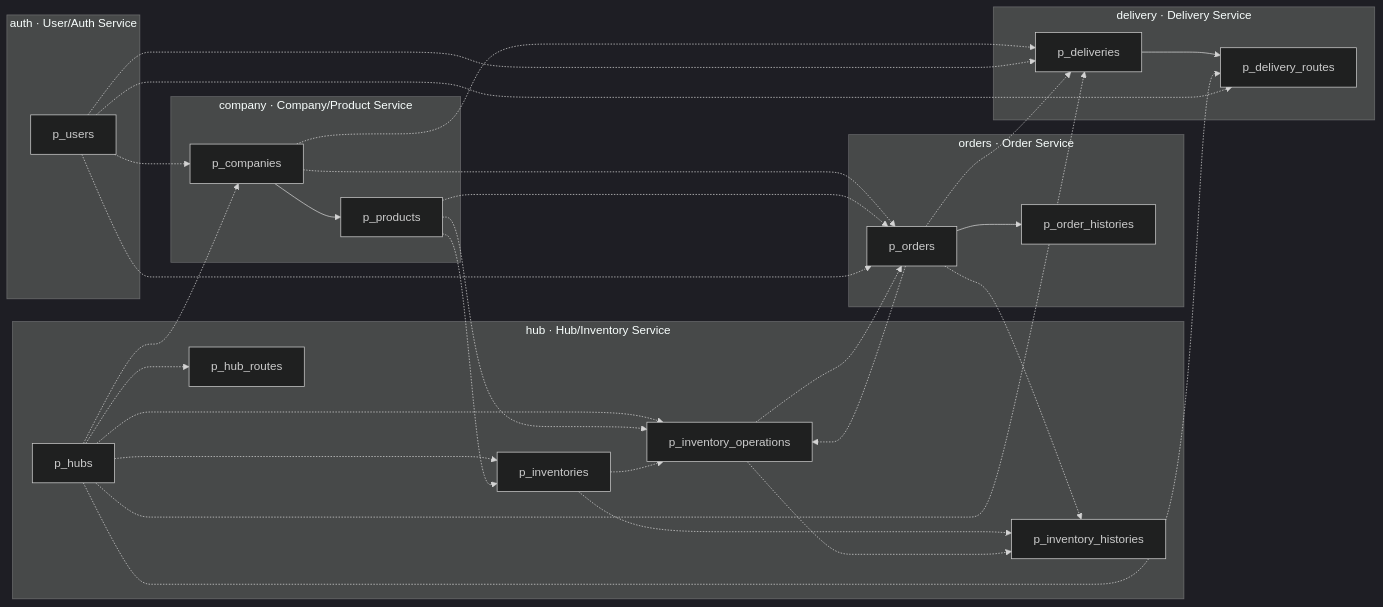
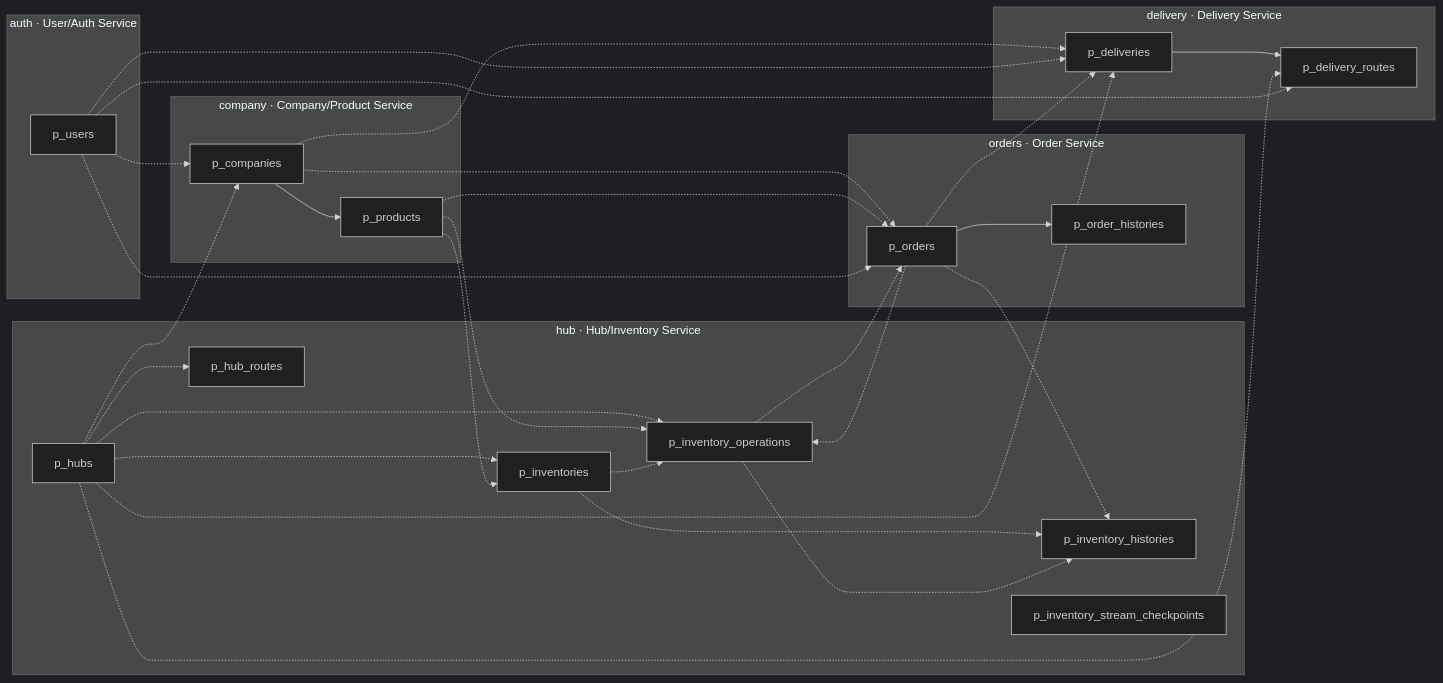
One commit to 01Commit10/sparta-logistics changed the first of 2 diagrams in docs/design/05 ERD.md. Above: the diagram before and after it, drawn with Mermaid (dark theme). The commit also changed other lines of this file and 39 other files, not shown here.

````diff
--- a/docs/design/05 ERD.md
+++ b/docs/design/05 ERD.md
@@ -36,60 +36,61 @@
 ```mermaid
 flowchart LR
     subgraph AUTH["auth · User/Auth Service"]
         users[p_users]
     end
 
     subgraph HUB["hub · Hub/Inventory Service"]
         hubs[p_hubs]
         hub_routes[p_hub_routes]
         inventories[p_inventories]
         inv_op[p_inventory_operations]
         inv_hist[p_inventory_histories]
+        inv_checkpoint[p_inventory_stream_checkpoints]
     end
 
     subgraph COMPANY["company · Company/Product Service"]
         companies[p_companies]
         products[p_products]
     end
 
     subgraph ORDERS["orders · Order Service"]
         orders[p_orders]
         order_hist[p_order_histories]
     end
 
     subgraph DELIVERY["delivery · Delivery Service"]
         deliveries[p_deliveries]
         dlv_routes[p_delivery_routes]
     end
 
     %% FK (같은 스키마)
     companies --> products
     orders --> order_hist
     deliveries --> dlv_routes
 
     %% REF (Hub 내부도 UUID만 저장하며 실제 FK 없음)
     hubs -.-> hub_routes
     hubs -.-> inventories
     hubs -.-> inv_op
     products -.-> inv_op
     inventories -.-> inv_op
     inventories -.-> inv_hist
     inv_op -.-> inv_hist
     orders -.-> inv_op
     orders -.-> inv_hist
     inv_op -.-> orders
 
     %% REF (서비스 간)
     products -.-> inventories
     hubs -.-> companies
     users -.-> companies
     companies -.-> orders
     products -.-> orders
     users -.-> orders
     orders -.-> deliveries
     companies -.-> deliveries
     hubs -.-> deliveries
     users -.-> deliveries
     hubs -.-> dlv_routes
     users -.-> dlv_routes
 ```
````
